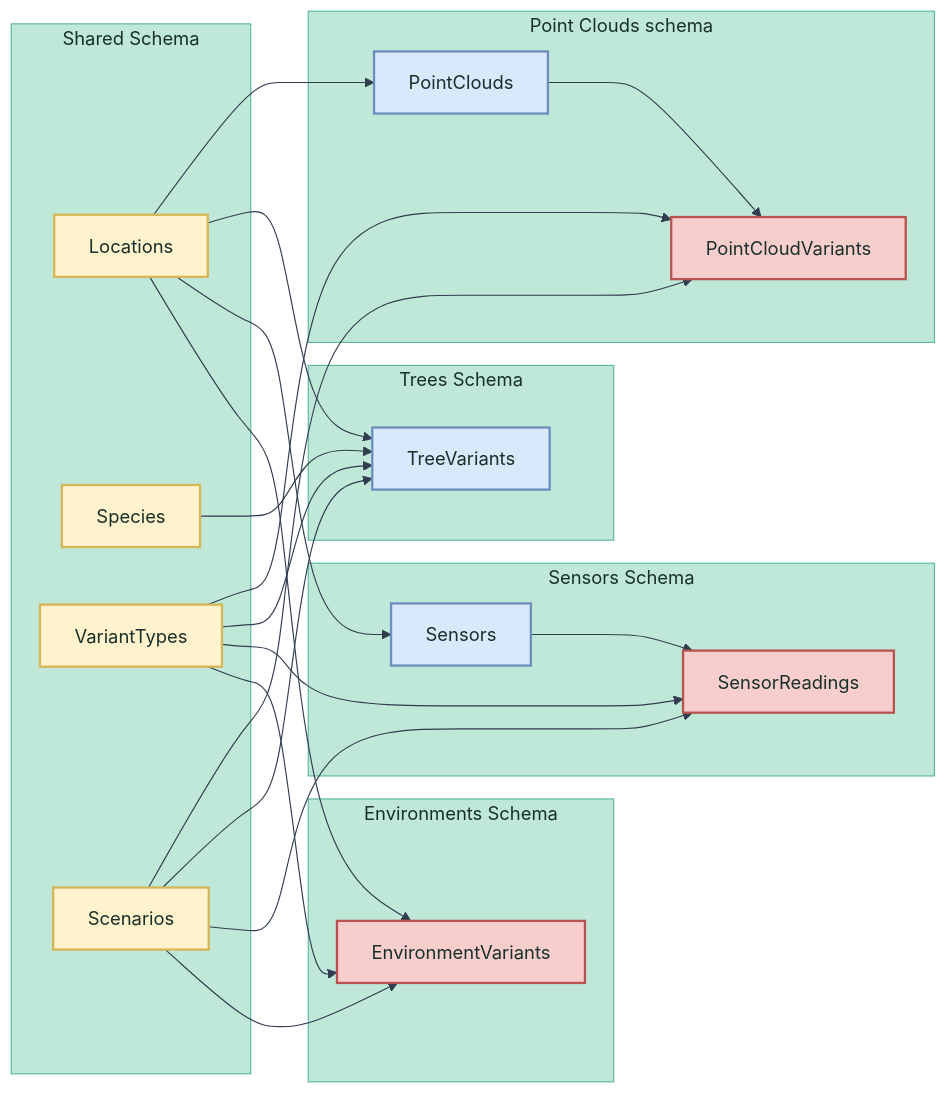
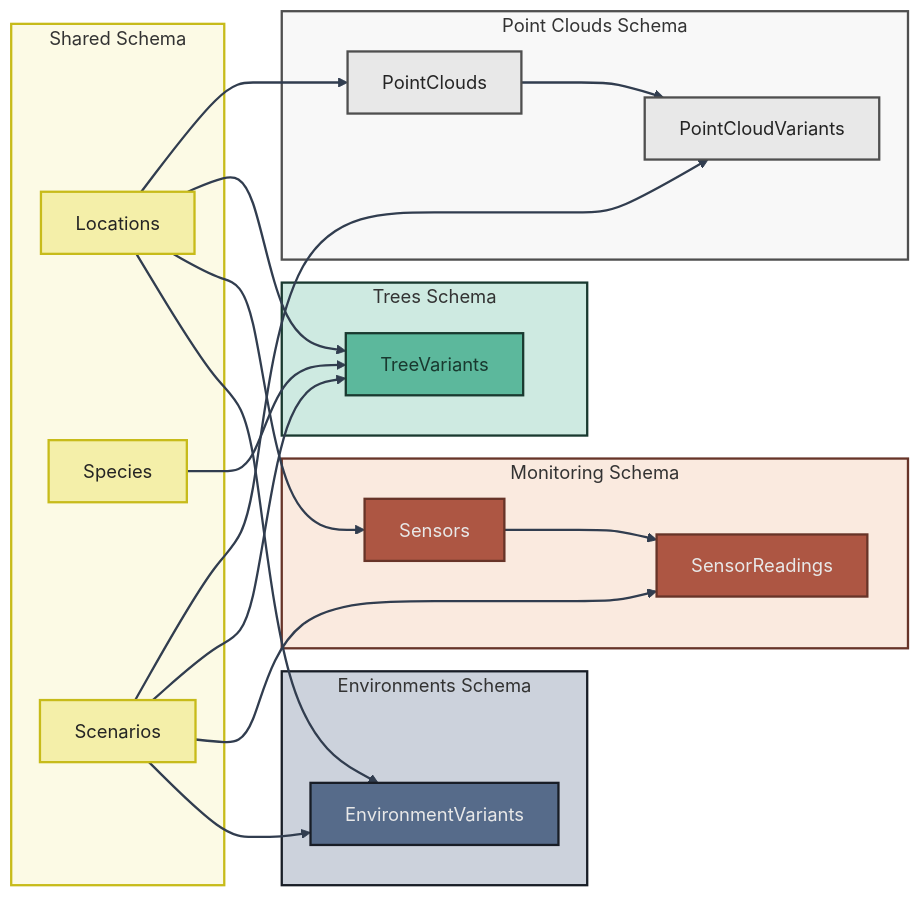
Before and after one commit to XRFutureForests/digital-twin-db: the first of 8 diagrams in docs/architecture/database.md, drawn with Mermaid. The commit also changed other lines of this file and 31 other files, not shown here.

````diff
--- a/docs/architecture/database.md
+++ b/docs/architecture/database.md
@@ -9,74 +9,67 @@
 ```mermaid
-%%{
-  init: {
-    'theme': 'base',
-    'themeVariables': {
-      'background': '#FFFFFF',
-      'fontFamily': 'verdana',
-      'lineColor': '#313d4f',
-      'primaryColor': '#8cdbc0',
-      'primaryTextColor': '#183029',
-      'primaryBorderColor': '#265e4d',
-      'secondaryColor': '#71a897',
-      'secondaryTextColor': '#183029',
-      'secondaryBorderColor': '#458875',
-      'tertiaryColor': '#c0e8d9',
-      'tertiaryTextColor': '#183029',
-      'tertiaryBorderColor': '#5cb89c'
-    }
-  }
-}%%
 graph LR
-    subgraph "Shared Schema"
+    subgraph shared ["Shared Schema"]
         SL[Locations]
         SS[Species]
-        SVT[VariantTypes]
         SC[Scenarios]
     end
     
-    subgraph "Point Clouds schema"
+    subgraph pointclouds ["Point Clouds Schema"]
         PC[PointClouds]
         PCV[PointCloudVariants]
     end
     
-    subgraph "Trees Schema"
+    subgraph trees ["Trees Schema"]
         TV[TreeVariants]
     end
     
-    subgraph "Sensors Schema"
+    subgraph monitoring ["Monitoring Schema"]
         S[Sensors]
         SR[SensorReadings]
     end
     
-    subgraph "Environments Schema"
+    subgraph environments ["Environments Schema"]
         EV[EnvironmentVariants]
     end
     
     %% Cross-schema relationships
     SL --> PC
     SL --> TV
     SL --> S
     SL --> EV
     SS --> TV
     SC --> PCV
     SC --> TV
     SC --> SR
     SC --> EV
-    SVT --> PCV
-    SVT --> TV
-    SVT --> SR
-    SVT --> EV
     
     %% Within-schema relationships
     PC --> PCV
     S --> SR
+
+    classDef sharedNodes fill:#F4EFA9,stroke:#c7bb1a,stroke-width:2px,color:#242424
+    classDef pointcloudsNodes fill:#e8e8e8,stroke:#4f4f4f,stroke-width:2px,color:#242424
+    classDef treesNodes fill:#5CB89C,stroke:#19392f,stroke-width:2px,color:#19392f
+    classDef monitoringNodes fill:#AD5643,stroke:#673428,stroke-width:2px,color:#e8e8e8
+    classDef environmentsNodes fill:#566b8a,stroke:#181d26,stroke-width:2px,color:#e8e8e8
     
-    classDef schema fill:#e8f4f1,stroke:#2d8659,stroke-width:2px
-    classDef shared fill:#fff2cc,stroke:#d6b656,stroke-width:2px
-    classDef main fill:#dae8fc,stroke:#6c8ebf,stroke-width:2px
-    classDef variant fill:#f8cecc,stroke:#b85450,stroke-width:2px
+    classDef sharedSubgraph fill:#F4EFA9,fill-opacity:0.3,stroke:#c7bb1a,stroke-width:2px
+    classDef pointcloudsSubgraph fill:#e8e8e8,fill-opacity:0.3,stroke:#4f4f4f,stroke-width:2px
+    classDef treesSubgraph fill:#5CB89C,fill-opacity:0.3,stroke:#19392f,stroke-width:2px
+    classDef monitoringSubgraph fill:#eeb896,fill-opacity:0.3,stroke:#673428,stroke-width:2px
+    classDef environmentsSubgraph fill:#566b8a,fill-opacity:0.3,stroke:#181d26,stroke-width:2px
     
-    class SL,SS,SVT,SC shared
-    class PC,TV,S main
-    class PCV,SR,EV variant
+    class SL,SS,SC sharedNodes
+    class PC,PCV pointcloudsNodes
+    class TV treesNodes
+    class S,SR monitoringNodes
+    class EV environmentsNodes
+    
+    class shared sharedSubgraph
+    class pointclouds pointcloudsSubgraph
+    class trees treesSubgraph
+    class monitoring monitoringSubgraph
+    class environments environmentsSubgraph
+
+    linkStyle 0,1,2,3,4,5,6,7,8,9,10 stroke:#313D4F,stroke-width:2px
 ```
````
